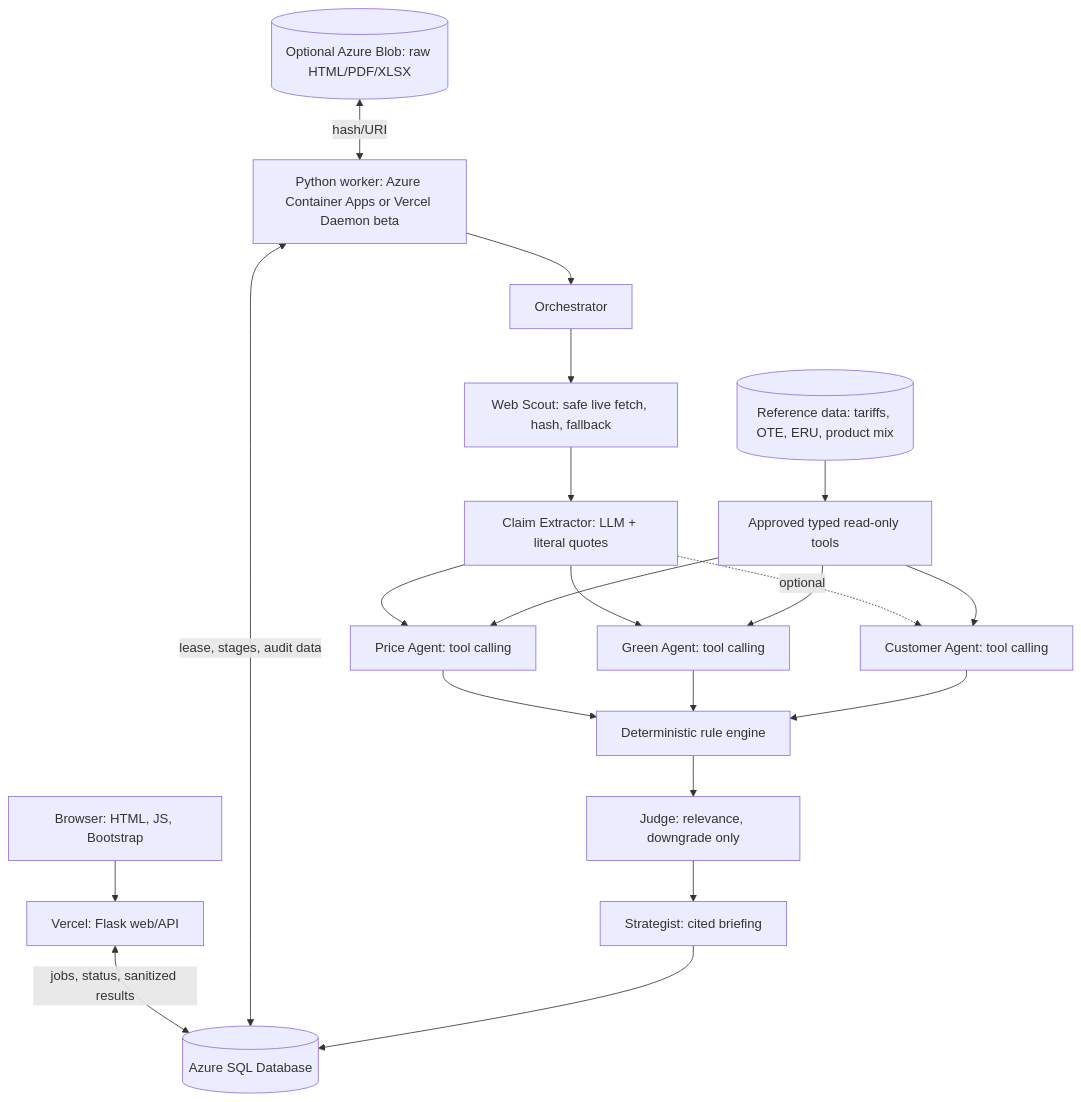
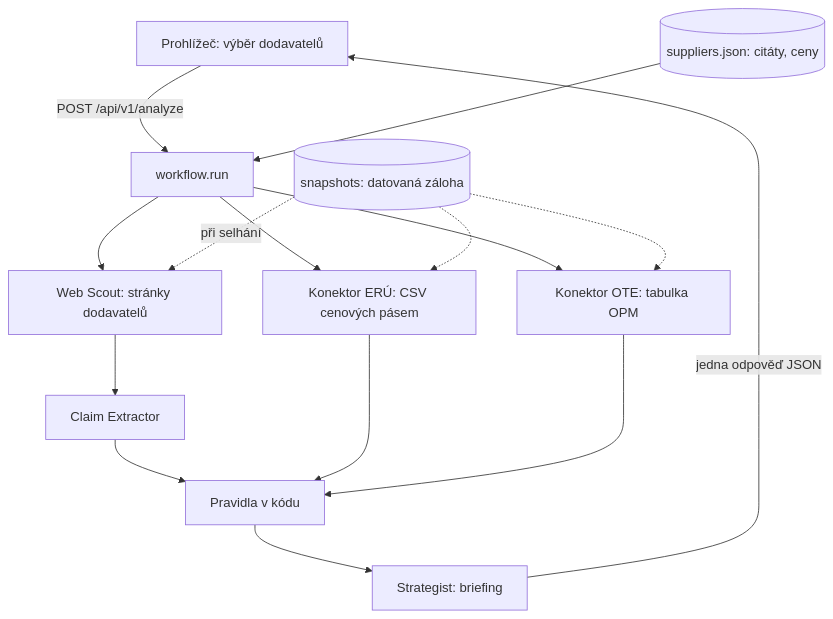
One commit to KTomsa/competitive-intelligence changed the diagram in docs/ARCHITECTURE.md. Above: the diagram before and after it, drawn with Mermaid. The commit also changed other lines of this file and 48 other files, not shown here.

First line of the commit message:
feat: simplify to single-app student demo with live ERU/OTE checks

````diff
--- a/docs/ARCHITECTURE.md
+++ b/docs/ARCHITECTURE.md
@@ -19,23 +11,17 @@
 ```mermaid
 flowchart TB
-    B[Browser: HTML, JS, Bootstrap] --> F[Vercel: Flask web/API]
-    F <-->|jobs, status, sanitized results| DB[(Azure SQL Database)]
-    W[Python worker: Azure Container Apps or Vercel Daemon beta] <-->|lease, stages, audit data| DB
-    W --> O[Orchestrator]
-    O --> S[Web Scout: safe live fetch, hash, fallback]
-    S --> C[Claim Extractor: LLM + literal quotes]
-    C --> P[Price Agent: tool calling]
-    C --> G[Green Agent: tool calling]
-    C -. optional .-> U[Customer Agent: tool calling]
-    P --> R[Deterministic rule engine]
-    G --> R
-    U --> R
-    R --> J[Judge: relevance, downgrade only]
-    J --> T[Strategist: cited briefing]
-    T --> DB
-    REF[(Reference data: tariffs, OTE, ERU, product mix)] --> TOOLS[Approved typed read-only tools]
-    TOOLS --> P
-    TOOLS --> G
-    TOOLS --> U
-    ART[(Optional Azure Blob: raw HTML/PDF/XLSX)] <-->|hash/URI| W
+    B[Prohlížeč: výběr dodavatelů] -->|POST /api/v1/analyze| W[workflow.run]
+    W --> S[Web Scout: stránky dodavatelů]
+    W --> E[Konektor ERÚ: CSV cenových pásem]
+    W --> O[Konektor OTE: tabulka OPM]
+    P[(suppliers.json: citáty, ceny)] --> W
+    S --> X[Claim Extractor]
+    X --> R[Pravidla v kódu]
+    E --> R
+    O --> R
+    R --> T[Strategist: briefing]
+    T -->|jedna odpověď JSON| B
+    SN[(snapshots: datovaná záloha)] -.při selhání.-> S
+    SN -.-> E
+    SN -.-> O
 ```
````
